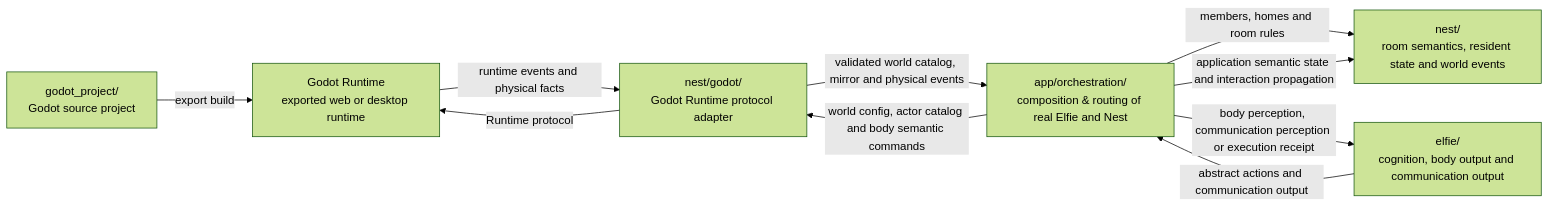
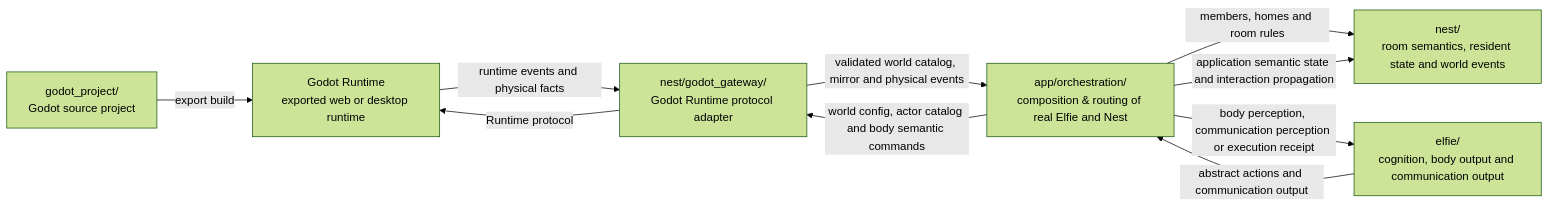
The diagram in docs/developer/architecture.md (elfie-univ/ElfieNest), drawn with Mermaid (forest theme) before and after one commit. The commit also changed other lines of this file and 194 other files, not shown here.

Commit message:
feat(runtime): migrate supervisor and observer architecture

````diff
--- a/docs/developer/architecture.md
+++ b/docs/developer/architecture.md
@@ -63,19 +65,19 @@
 ```mermaid
 flowchart LR
     Source["godot_project/<br/>Godot source project"]
     Runtime["Godot Runtime<br/>exported web or desktop runtime"]
     Elfie["elfie/<br/>cognition, body output and communication output"]
     Orchestration["app/orchestration/<br/>composition & routing of real Elfie and Nest"]
     Nest["nest/<br/>room semantics, resident state and world events"]
-    Adapter["nest/godot/<br/>Godot Runtime protocol adapter"]
+    Adapter["nest/godot_gateway/<br/>Godot Runtime protocol adapter"]
 
     Source -->|"export build"| Runtime
     Elfie -->|"abstract actions and communication output"| Orchestration
     Orchestration -->|"members, homes and room rules"| Nest
     Orchestration -->|"world config, actor catalog and body semantic commands"| Adapter
     Adapter -->|"Runtime protocol"| Runtime
     Runtime -->|"runtime events and physical facts"| Adapter
     Adapter -->|"validated world catalog, mirror and physical events"| Orchestration
     Orchestration -->|"application semantic state and interaction propagation"| Nest
     Orchestration -->|"body perception, communication perception or execution receipt"| Elfie
 ```
````
